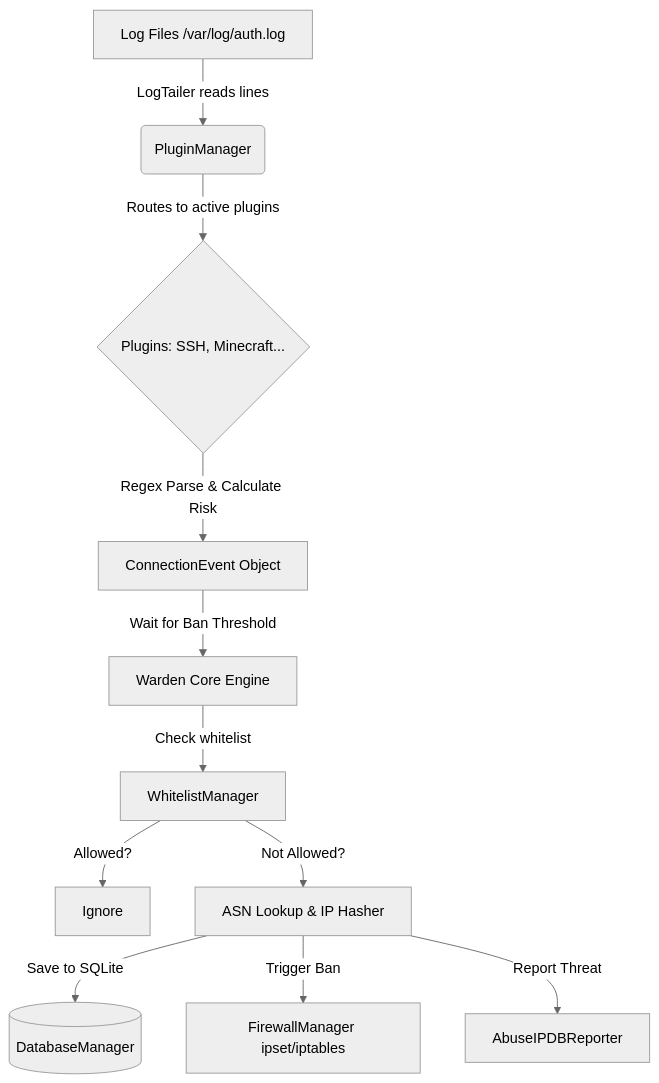
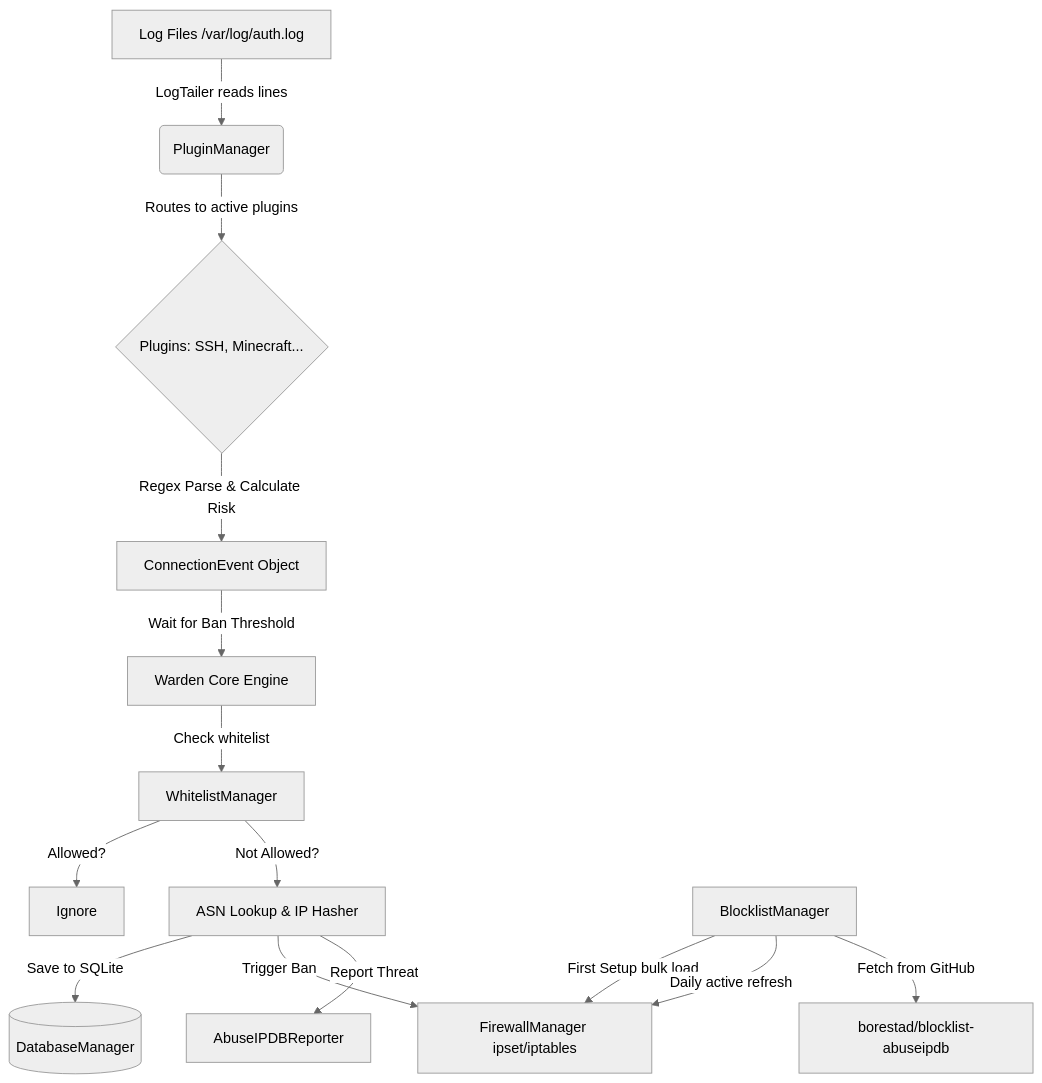
Before and after one commit to msncakma/WardenIPS: the diagram in DEVELOPER_GUIDE.md, drawn with Mermaid (neutral theme). The commit also changed other lines of this file and 3 other files, not shown here.

````diff
--- a/DEVELOPER_GUIDE.md
+++ b/DEVELOPER_GUIDE.md
@@ -14,15 +14,19 @@
 ```mermaid
 graph TD
     A[Log Files /var/log/auth.log] -->|LogTailer reads lines| B(PluginManager)
     B -->|Routes to active plugins| C{Plugins: SSH, Minecraft...}
     C -->|Regex Parse & Calculate Risk| D[ConnectionEvent Object]
     D -->|Wait for Ban Threshold| E[Warden Core Engine]
     
     E -->|Check whitelist| F[WhitelistManager]
     F -->|Allowed?| G[Ignore]
     F -->|Not Allowed?| H[ASN Lookup & IP Hasher]
     
     H -->|Save to SQLite| I[(DatabaseManager)]
     H -->|Trigger Ban| J[FirewallManager ipset/iptables]
     H -->|Report Threat| K[AbuseIPDBReporter]
+    
+    L[BlocklistManager] -->|First Setup bulk load| J
+    L -->|Daily active refresh| J
+    L -->|Fetch from GitHub| M[borestad/blocklist-abuseipdb]
 ```
````
